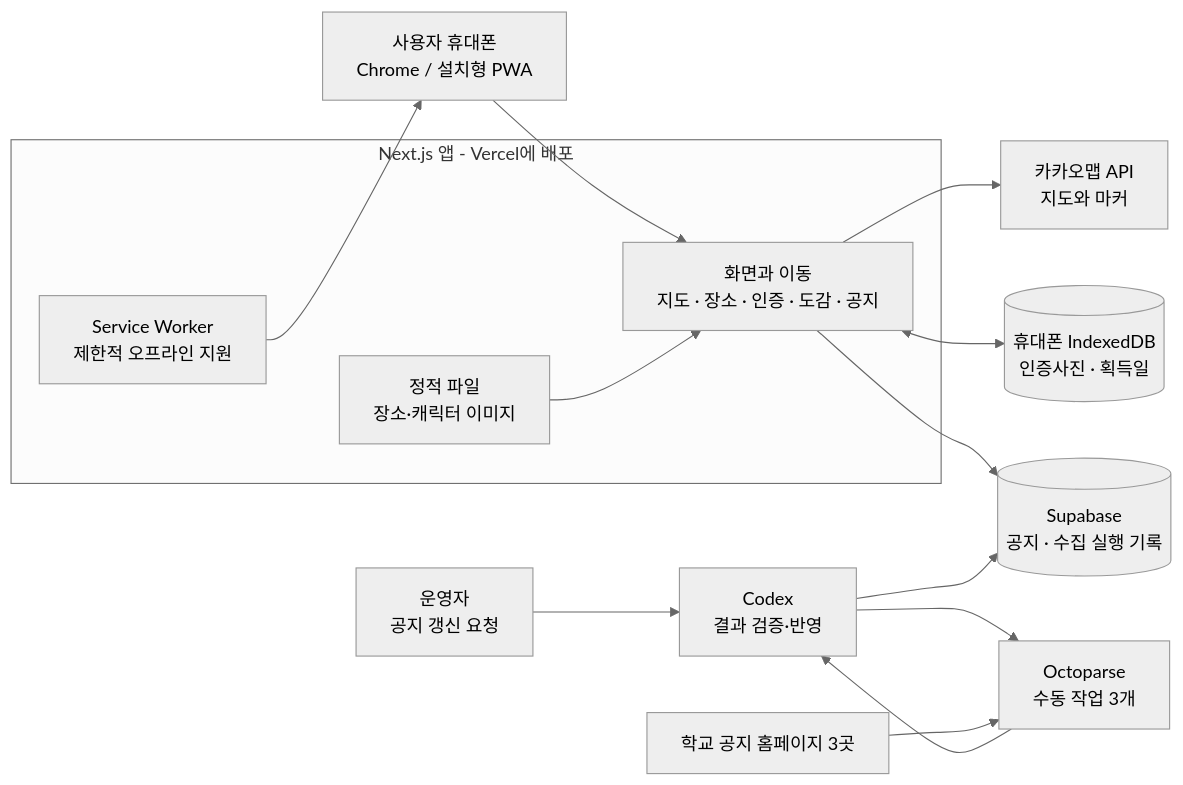
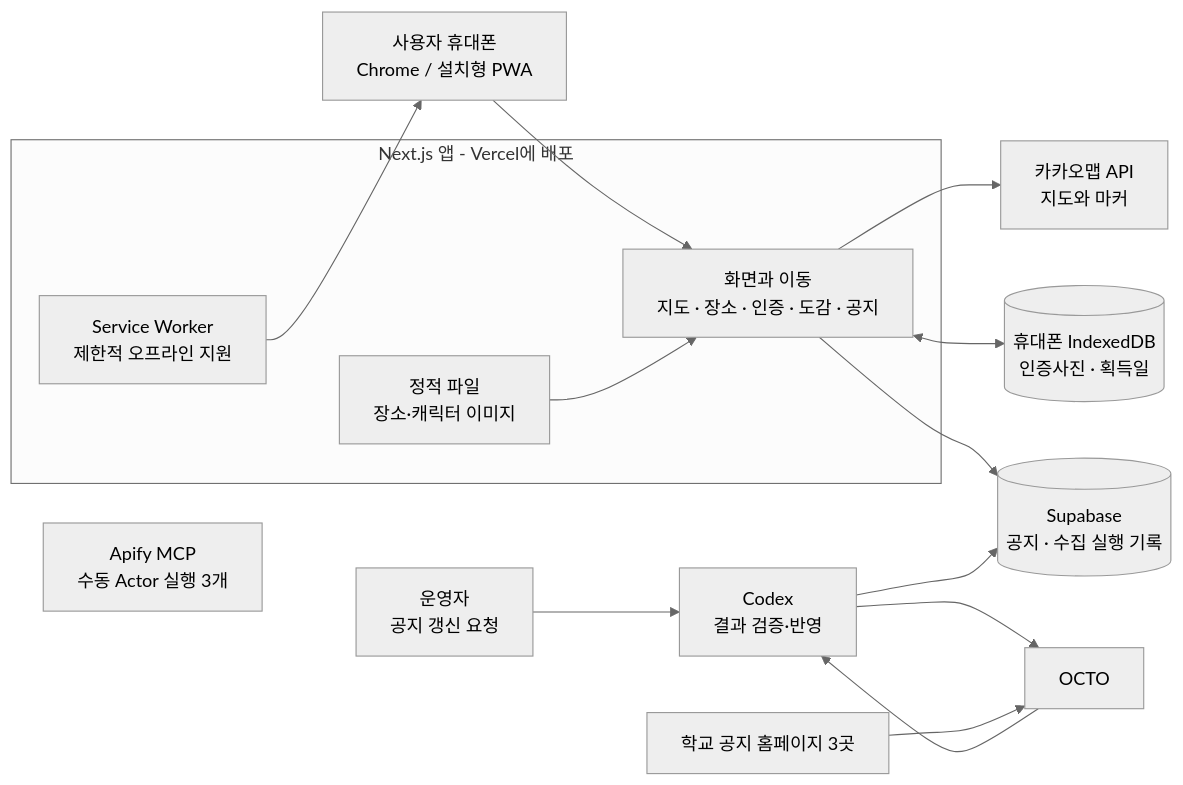
One commit to choi6511/cnu2026-12- changed the first of 5 diagrams in docs/SYSTEM_ARCHITECTURE.md. Above: the diagram before and after it, drawn with Mermaid (neutral theme). The commit also changed other lines of this file and 6 other files, not shown here.

````diff
--- a/docs/SYSTEM_ARCHITECTURE.md
+++ b/docs/SYSTEM_ARCHITECTURE.md
@@ -29,30 +29,30 @@
 ```mermaid
 flowchart LR
     U[사용자 휴대폰\nChrome / 설치형 PWA]
 
     subgraph APP[Next.js 앱 - Vercel에 배포]
         UI[화면과 이동\n지도 · 장소 · 인증 · 도감 · 공지]
         ASSET[정적 파일\n장소·캐릭터 이미지]
         SW[Service Worker\n제한적 오프라인 지원]
     end
 
     IDB[(휴대폰 IndexedDB\n인증사진 · 획득일)]
     KAKAO[카카오맵 API\n지도와 마커]
     OP[운영자\n공지 갱신 요청]
     CODEX[Codex\n결과 검증·반영]
-    OCTO[Octoparse\n수동 작업 3개]
+    APIFY[Apify MCP\n수동 Actor 실행 3개]
     SITES[학교 공지 홈페이지 3곳]
     DB[(Supabase\n공지 · 수집 실행 기록)]
 
     U --> UI
     UI --> KAKAO
     UI <--> IDB
     UI --> DB
     ASSET --> UI
     SW --> U
     OP --> CODEX
     CODEX --> OCTO
     SITES --> OCTO
     OCTO --> CODEX
     CODEX --> DB
 ```
````
